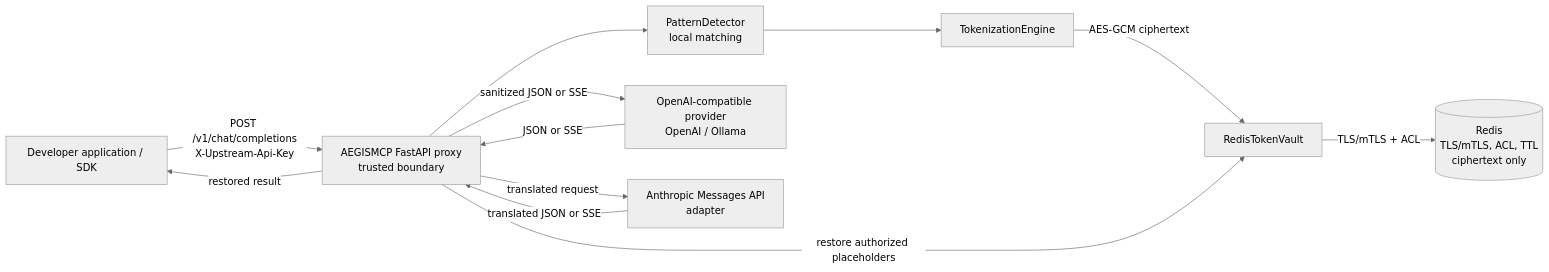
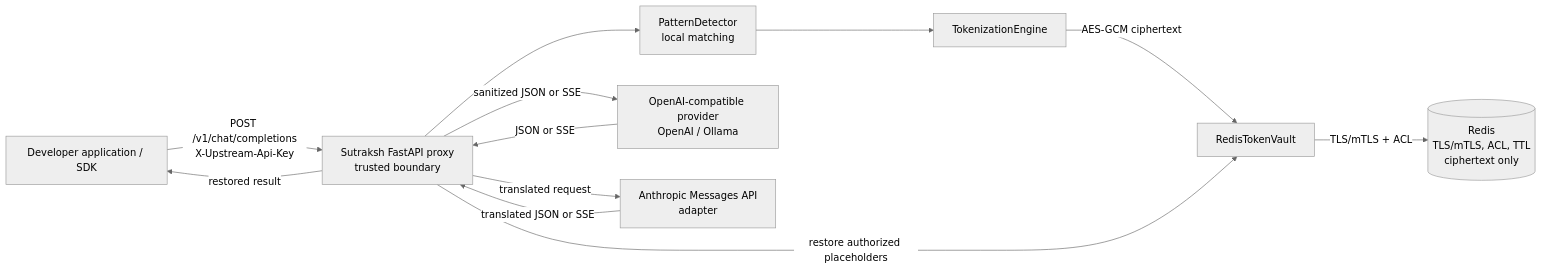
Before and after one commit to sayantann11/AEGISMCP: the diagram in docs/ARCHITECTURE.md, drawn with Mermaid (neutral theme). The commit also changed other lines of this file and 13 other files, not shown here.

Commit message:
chore: rebrand AEGISMCP to Sutraksh

````diff
--- a/docs/ARCHITECTURE.md
+++ b/docs/ARCHITECTURE.md
@@ -21,23 +29,23 @@
 ```mermaid
 flowchart LR
     Client[Developer application / SDK]
-    Proxy[AEGISMCP FastAPI proxy\ntrusted boundary]
+    Proxy[Sutraksh FastAPI proxy\ntrusted boundary]
     Detector[PatternDetector\nlocal matching]
     Engine[TokenizationEngine]
     Vault[RedisTokenVault]
     Redis[(Redis\nTLS/mTLS, ACL, TTL\nciphertext only)]
     Provider[OpenAI-compatible provider\nOpenAI / Ollama]
     Anthropic[Anthropic Messages API\nadapter]
 
     Client -->|POST /v1/chat/completions\nX-Upstream-Api-Key| Proxy
     Proxy --> Detector
     Detector --> Engine
     Engine -->|AES-GCM ciphertext| Vault
     Vault -->|TLS/mTLS + ACL| Redis
     Proxy -->|sanitized JSON or SSE| Provider
     Proxy -->|translated request| Anthropic
     Provider -->|JSON or SSE| Proxy
     Anthropic -->|translated JSON or SSE| Proxy
     Proxy -->|restore authorized placeholders| Vault
     Proxy -->|restored result| Client
 ```
````
